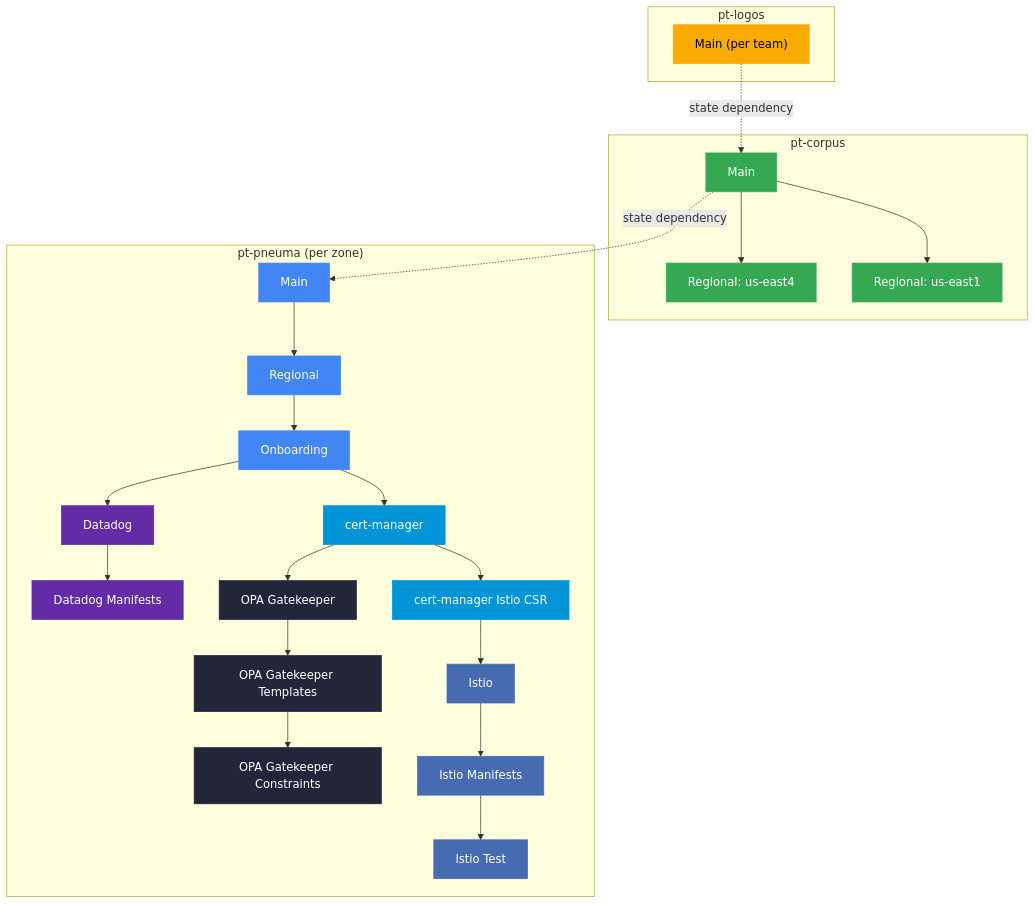
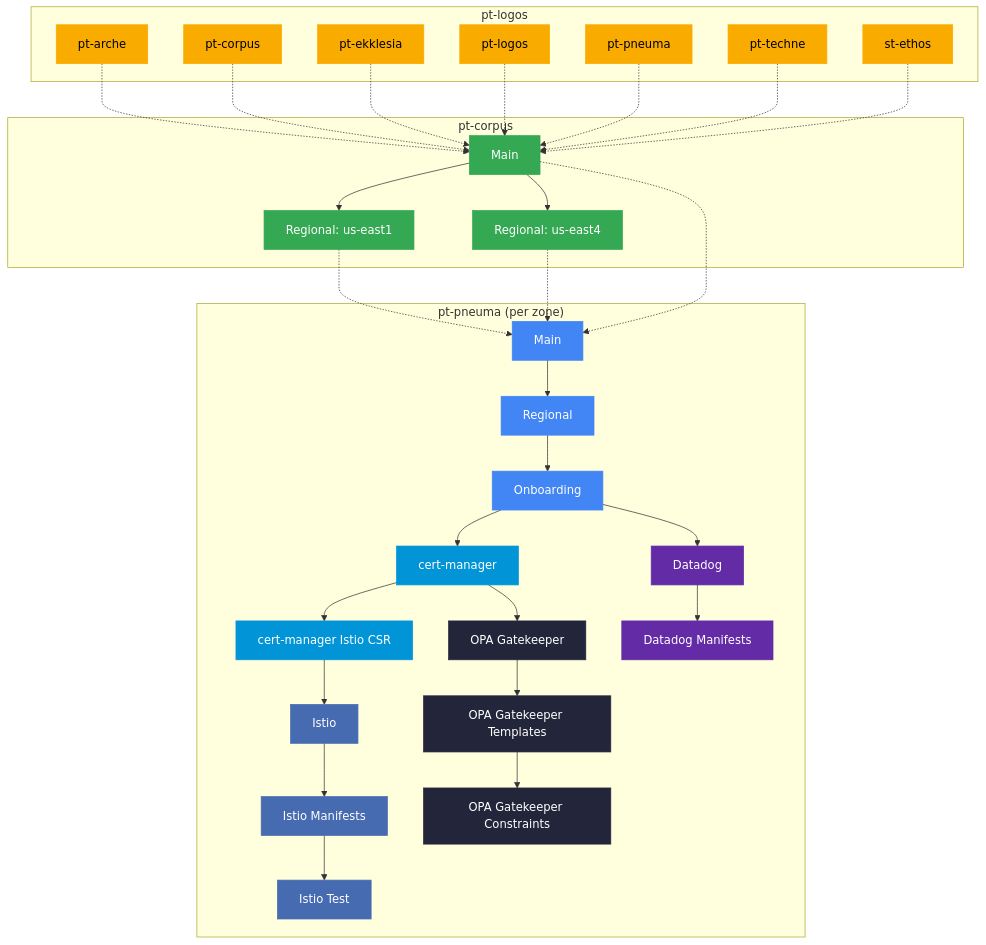
The diagram in README.md (osinfra-io/pt-logos), drawn with Mermaid before and after one commit. The commit also changed other lines of this file, not shown here.

Commit message:
Expand logos teams and fix corpus state dependencies in diagram
Show all 7 team workspaces in the logos subgraph. Add state
dependency arrows from both corpus regional jobs (us-east1,
us-east4) and corpus main to pneuma main.

````diff
--- a/README.md
+++ b/README.md
@@ -36,54 +36,68 @@
 ```mermaid
 flowchart TD
     classDef logos fill:#F9AB00,stroke:#F9AB00,color:#000
     classDef corpus fill:#34A853,stroke:#34A853,color:#fff
     classDef gke fill:#4285F4,stroke:#4285F4,color:#fff
     classDef certmanager fill:#0195D8,stroke:#0195D8,color:#fff
     classDef istio fill:#466BB0,stroke:#466BB0,color:#fff
     classDef datadog fill:#632CA6,stroke:#632CA6,color:#fff
     classDef opa fill:#23263B,stroke:#23263B,color:#fff
 
     subgraph logos ["pt-logos"]
-        logos_main["Main (per team)"]:::logos
+        logos_arche["pt-arche"]:::logos
+        logos_corpus["pt-corpus"]:::logos
+        logos_ekklesia["pt-ekklesia"]:::logos
+        logos_logos["pt-logos"]:::logos
+        logos_pneuma["pt-pneuma"]:::logos
+        logos_techne["pt-techne"]:::logos
+        logos_ethos["st-ethos"]:::logos
     end
 
     subgraph corpus ["pt-corpus"]
         corpus_main["Main"]:::corpus
         corpus_us_east1["Regional: us-east1"]:::corpus
         corpus_us_east4["Regional: us-east4"]:::corpus
         corpus_main --> corpus_us_east1
         corpus_main --> corpus_us_east4
     end
 
     subgraph pneuma ["pt-pneuma (per zone)"]
         pneuma_main["Main"]:::gke
         pneuma_zone["Regional"]:::gke
         pneuma_onboarding["Onboarding"]:::gke
         pneuma_cert_manager["cert-manager"]:::certmanager
         pneuma_cert_manager_istio_csr["cert-manager Istio CSR"]:::certmanager
         pneuma_istio["Istio"]:::istio
         pneuma_istio_manifests["Istio Manifests"]:::istio
         pneuma_istio_test["Istio Test"]:::istio
         pneuma_datadog["Datadog"]:::datadog
         pneuma_datadog_manifests["Datadog Manifests"]:::datadog
         pneuma_opa_gatekeeper["OPA Gatekeeper"]:::opa
         pneuma_opa_templates["OPA Gatekeeper Templates"]:::opa
         pneuma_opa_constraints["OPA Gatekeeper Constraints"]:::opa
 
         pneuma_main --> pneuma_zone
         pneuma_zone --> pneuma_onboarding
         pneuma_onboarding --> pneuma_cert_manager
         pneuma_onboarding --> pneuma_datadog
         pneuma_cert_manager --> pneuma_cert_manager_istio_csr
         pneuma_cert_manager --> pneuma_opa_gatekeeper
         pneuma_cert_manager_istio_csr --> pneuma_istio
         pneuma_istio --> pneuma_istio_manifests
         pneuma_istio_manifests --> pneuma_istio_test
         pneuma_datadog --> pneuma_datadog_manifests
         pneuma_opa_gatekeeper --> pneuma_opa_templates
         pneuma_opa_templates --> pneuma_opa_constraints
     end
 
-    logos_main -.->|"state dependency"| corpus_main
-    corpus_main -.->|"state dependency"| pneuma_main
+    logos_arche -.-> corpus_main
+    logos_corpus -.-> corpus_main
+    logos_ekklesia -.-> corpus_main
+    logos_logos -.-> corpus_main
+    logos_pneuma -.-> corpus_main
+    logos_techne -.-> corpus_main
+    logos_ethos -.-> corpus_main
+    corpus_main -.-> pneuma_main
+    corpus_us_east1 -.-> pneuma_main
+    corpus_us_east4 -.-> pneuma_main
 ```
````
